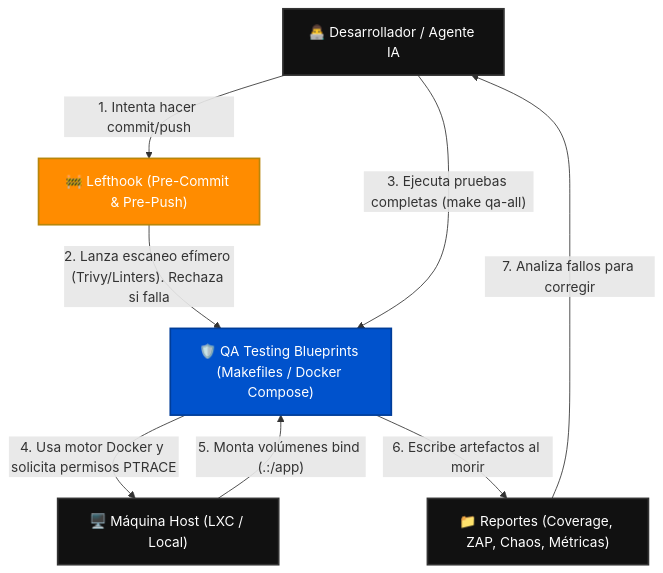
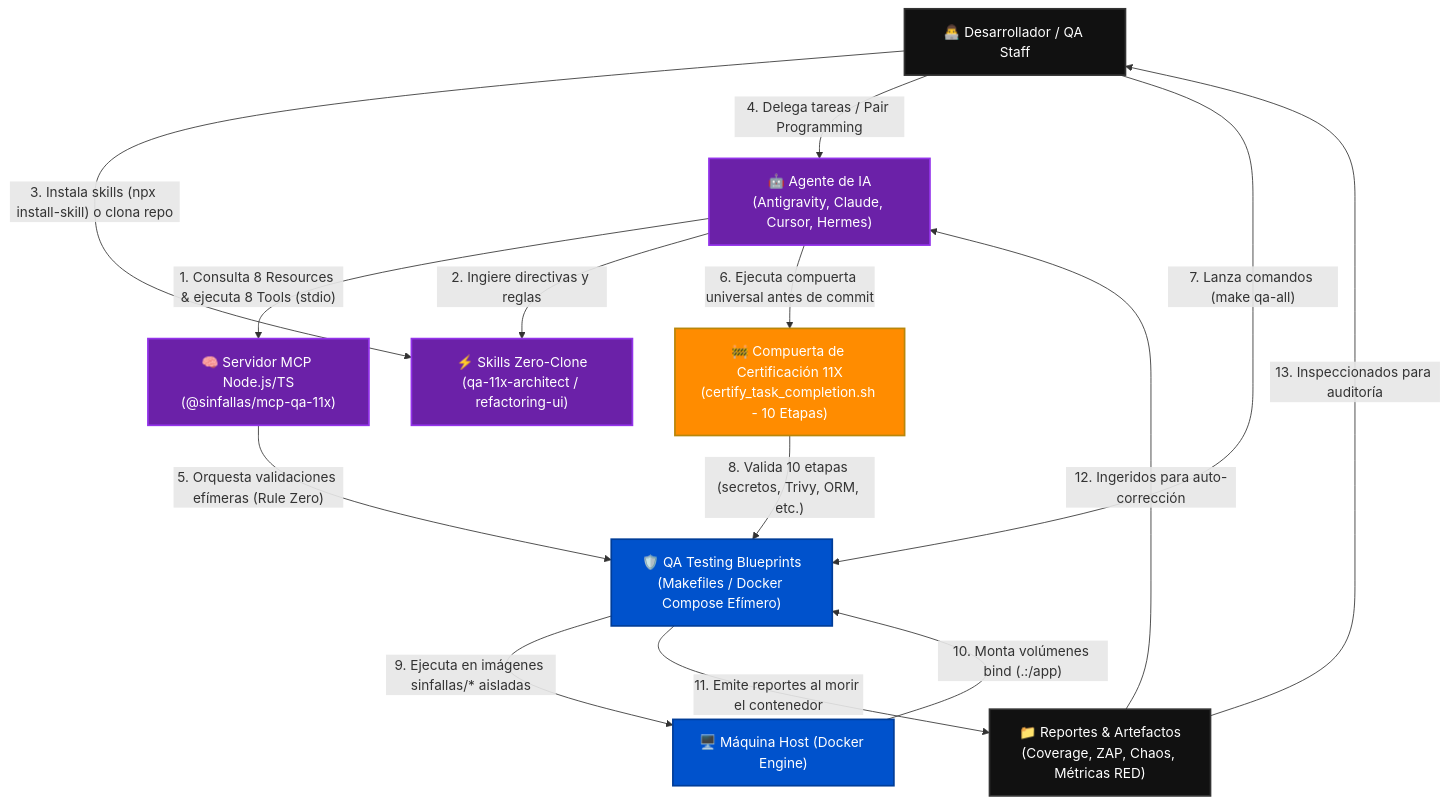
One commit to tecno-consultores/qa-testing-blueprints changed the first of 3 diagrams in docs/ARCHITECTURE_C4.md. Above: the diagram before and after it, drawn with Mermaid. The commit also changed other lines of this file and 10 other files, not shown here.

````diff
--- a/docs/ARCHITECTURE_C4.md
+++ b/docs/ARCHITECTURE_C4.md
@@ -10,24 +10,35 @@
 ```mermaid
 graph TD
     %% Entidades
-    Dev["👨‍💻 Desarrollador / Agente IA"]
-    Hook["🚧 Lefthook (Pre-Commit & Pre-Push)"]
-    QA["🛡️ QA Testing Blueprints (Makefiles / Docker Compose)"]
-    Host["🖥️ Máquina Host (LXC / Local)"]
-    Reports["📁 Reportes (Coverage, ZAP, Chaos, Métricas)"]
+    Human["👨‍💻 Desarrollador / QA Staff"]
+    Agent["🤖 Agente de IA<br>(Antigravity, Claude, Cursor, Hermes)"]
+    MCP["🧠 Servidor MCP Node.js/TS<br>(@sinfallas/mcp-qa-11x)"]
+    Skill["⚡ Skills Zero-Clone<br>(qa-11x-architect / refactoring-ui)"]
+    Gate["🚧 Compuerta de Certificación 11X<br>(certify_task_completion.sh - 10 Etapas)"]
+    QA["🛡️ QA Testing Blueprints<br>(Makefiles / Docker Compose Efímero)"]
+    Host["🖥️ Máquina Host (Docker Engine)"]
+    Reports["📁 Reportes & Artefactos<br>(Coverage, ZAP, Chaos, Métricas RED)"]
 
     %% Relaciones
-    Dev -- "1. Intenta hacer commit/push" --> Hook
-    Hook -- "2. Lanza escaneo efímero (Trivy/Linters). Rechaza si falla" --> QA
-    Dev -- "3. Ejecuta pruebas completas (make qa-all)" --> QA
-    QA -- "4. Usa motor Docker y solicita permisos PTRACE" --> Host
-    Host -- "5. Monta volúmenes bind (.:/app)" --> QA
-    QA -- "6. Escribe artefactos al morir" --> Reports
-    Reports -- "7. Analiza fallos para corregir" --> Dev
+    Agent -- "1. Consulta 8 Resources & ejecuta 8 Tools (stdio)" --> MCP
+    Agent -- "2. Ingiere directivas y reglas" --> Skill
+    Human -- "3. Instala skills (npx install-skill) o clona repo" --> Skill
+    Human -- "4. Delega tareas / Pair Programming" --> Agent
+    MCP -- "5. Orquesta validaciones efímeras (Rule Zero)" --> QA
+    Agent -- "6. Ejecuta compuerta universal antes de commit" --> Gate
+    Human -- "7. Lanza comandos (make qa-all)" --> QA
+    Gate -- "8. Valida 10 etapas (secretos, Trivy, ORM, etc.)" --> QA
+    QA -- "9. Ejecuta en imágenes sinfallas/* aisladas" --> Host
+    Host -- "10. Monta volúmenes bind (.:/app)" --> QA
+    QA -- "11. Emite reportes al morir el contenedor" --> Reports
+    Reports -- "12. Ingeridos para auto-corrección" --> Agent
+    Reports -- "13. Inspeccionados para auditoría" --> Human
 
     classDef default fill:#111,stroke:#333,stroke-width:2px,color:#fff;
     classDef highlight fill:#0052cc,stroke:#003d99,stroke-width:2px,color:#fff;
     classDef barrier fill:#ff8c00,stroke:#b8860b,stroke-width:2px,color:#fff;
-    class QA highlight;
-    class Hook barrier;
+    classDef ai fill:#6b21a8,stroke:#9333ea,stroke-width:2px,color:#fff;
+    class QA,Host highlight;
+    class Gate,Hook barrier;
+    class Agent,MCP,Skill ai;
 ```
````
